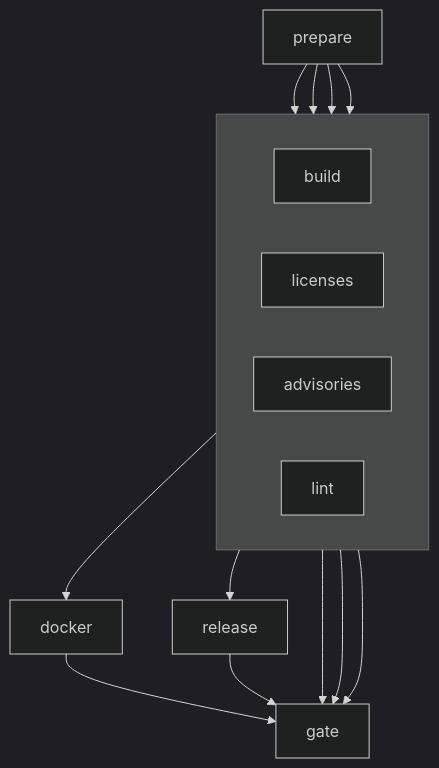
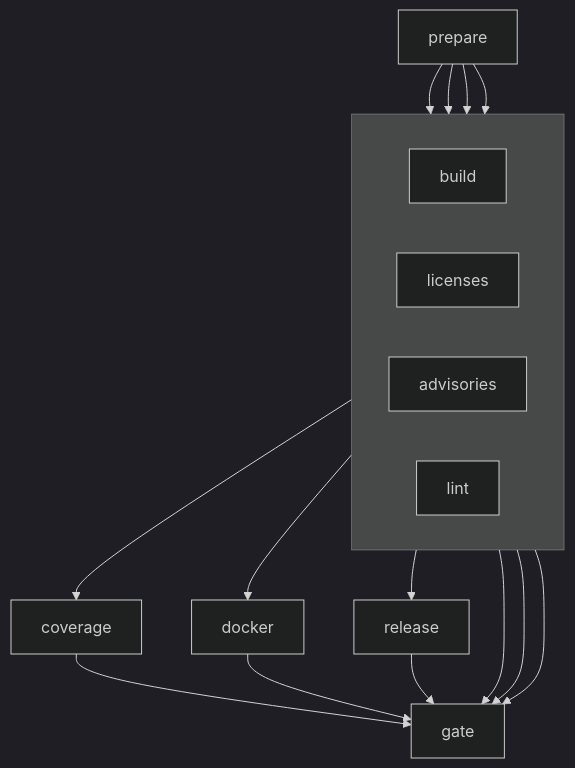
One commit to eclipse-opensovd/opensovd-core changed the diagram in docs/ci.md. Above: the diagram before and after it, drawn with Mermaid (dark theme). The commit also changed other lines of this file and 3 other files, not shown here.

````diff
--- a/docs/ci.md
+++ b/docs/ci.md
@@ -64,14 +70,14 @@
 ```mermaid
 flowchart TB
     prepare
     subgraph parallel[ ]
         direction LR
         build
         licenses
         advisories
         lint
     end
     prepare --> build & licenses & advisories & lint
-    build --> docker & release
-    docker & release & licenses & advisories & lint --> gate
+    build --> coverage & docker & release
+    coverage & docker & release & licenses & advisories & lint --> gate
 ```
````
